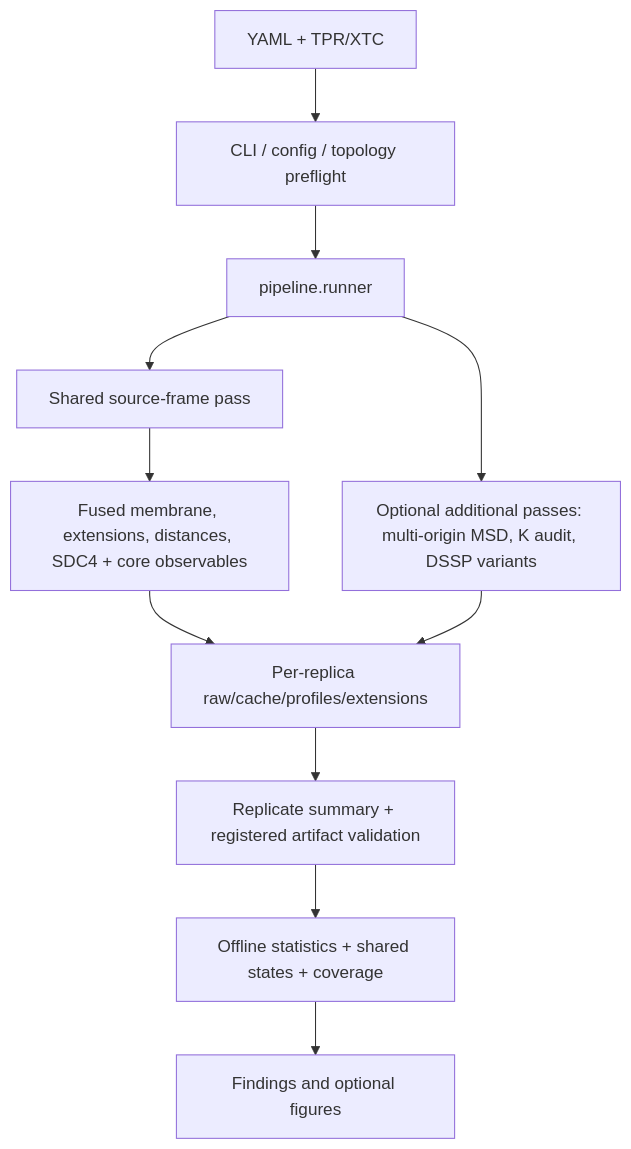
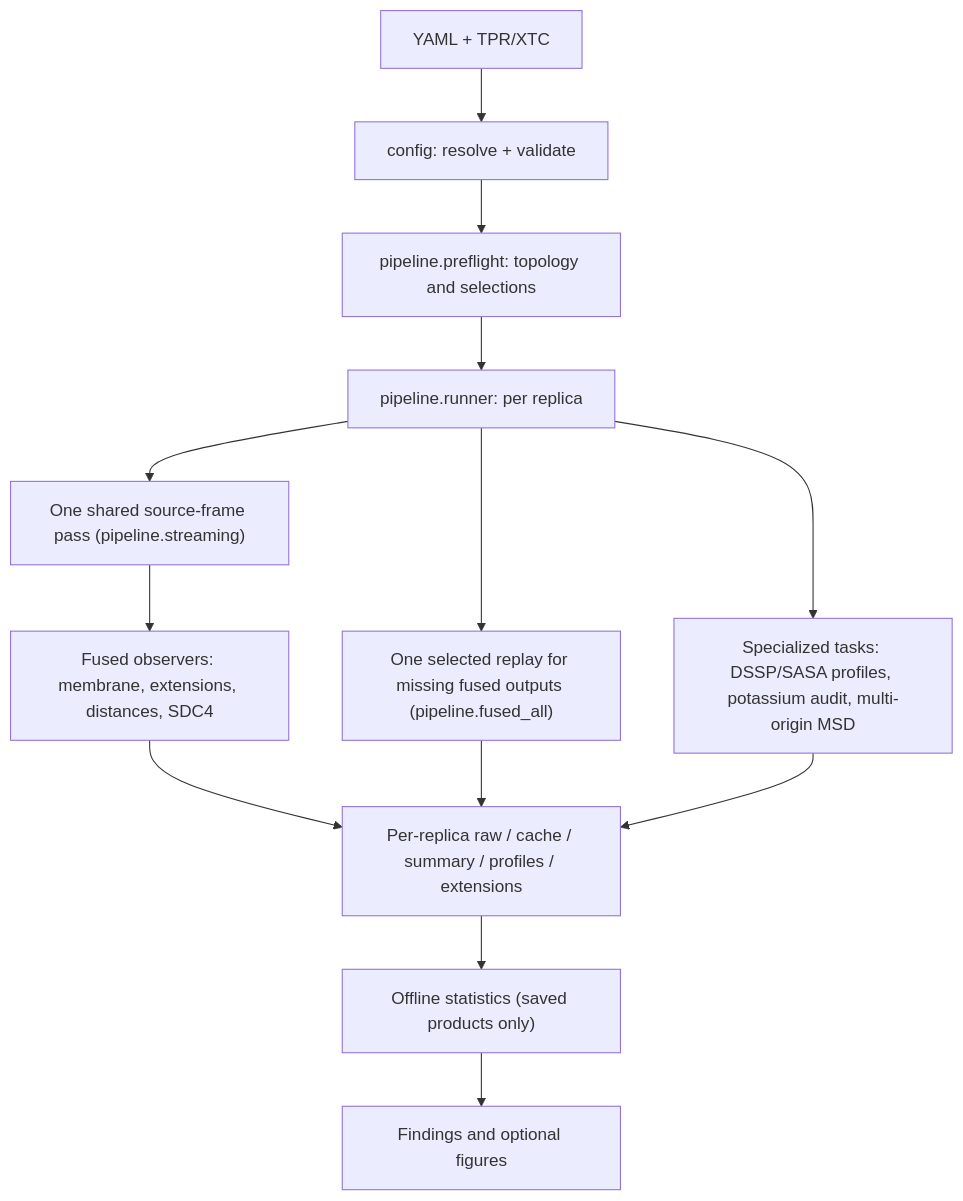
One commit to MarionQL/MDscope changed the first of 2 diagrams in docs/developer/architecture.md. Above: the diagram before and after it, drawn with Mermaid. The commit also changed other lines of this file and 22 other files, not shown here.

First line of the commit message:
[Docs] Describe the finished architecture, remove superseded docs, correct user guides (#289)

````diff
--- a/docs/developer/architecture.md
+++ b/docs/developer/architecture.md
@@ -7,13 +7,15 @@
 ```mermaid
 flowchart TD
-    A["YAML + TPR/XTC"] --> B["CLI / config / topology preflight"]
-    B --> C["pipeline.runner"]
-    C --> D["Shared source-frame pass"]
-    D --> E["Fused membrane, extensions, distances, SDC4 + core observables"]
-    C --> F["Optional additional passes: multi-origin MSD, K audit, DSSP variants"]
-    E --> G["Per-replica raw/cache/profiles/extensions"]
-    F --> G
-    G --> H["Replicate summary + registered artifact validation"]
-    H --> I["Offline statistics + shared states + coverage"]
-    I --> J["Findings and optional figures"]
+    A["YAML + TPR/XTC"] --> B["config: resolve + validate"]
+    B --> C["pipeline.preflight: topology and selections"]
+    C --> D["pipeline.runner: per replica"]
+    D --> E["One shared source-frame pass (pipeline.streaming)"]
+    E --> F["Fused observers: membrane, extensions, distances, SDC4"]
+    D --> G["One selected replay for missing fused outputs (pipeline.fused_all)"]
+    D --> H["Specialized tasks: DSSP/SASA profiles, potassium audit, multi-origin MSD"]
+    F --> I["Per-replica raw / cache / summary / profiles / extensions"]
+    G --> I
+    H --> I
+    I --> J["Offline statistics (saved products only)"]
+    J --> K["Findings and optional figures"]
 ```
````
